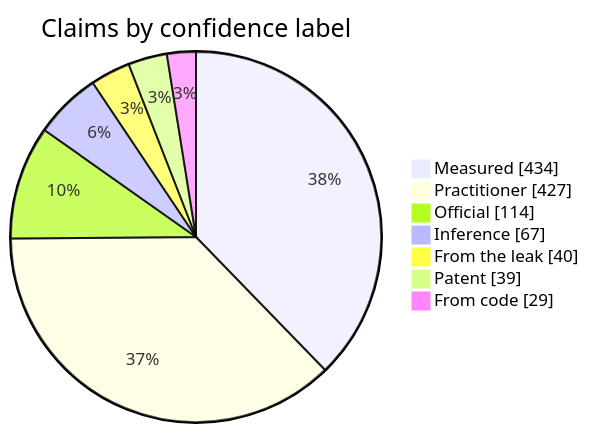
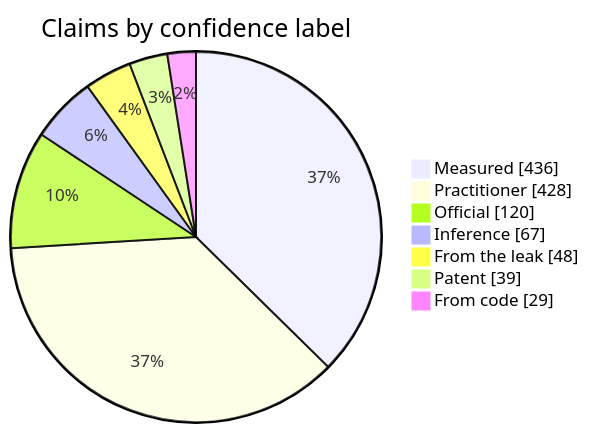
One commit to GetBelki/SEO-GEO-Playbook changed the second of 3 diagrams in README.md. Above: the diagram before and after it, drawn with Mermaid. The commit also changed 10 other files, not shown here.

````diff
--- a/README.md
+++ b/README.md
@@ -58,11 +58,11 @@
 ```mermaid
 pie showData
     title Claims by confidence label
-    "Measured" : 434
-    "Practitioner" : 427
-    "Official" : 114
+    "Measured" : 436
+    "Practitioner" : 428
+    "Official" : 120
     "Inference" : 67
-    "From the leak" : 40
+    "From the leak" : 48
     "Patent" : 39
     "From code" : 29
 ```
````
